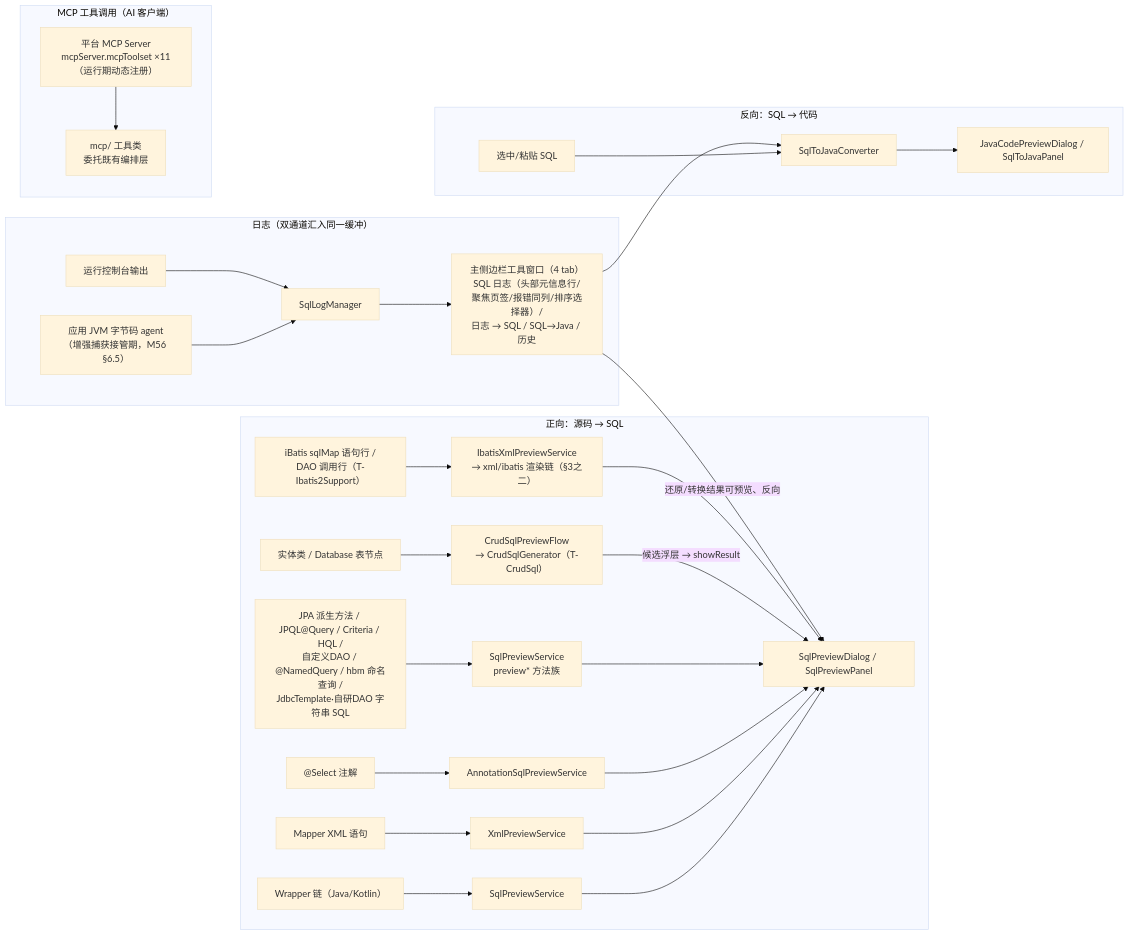
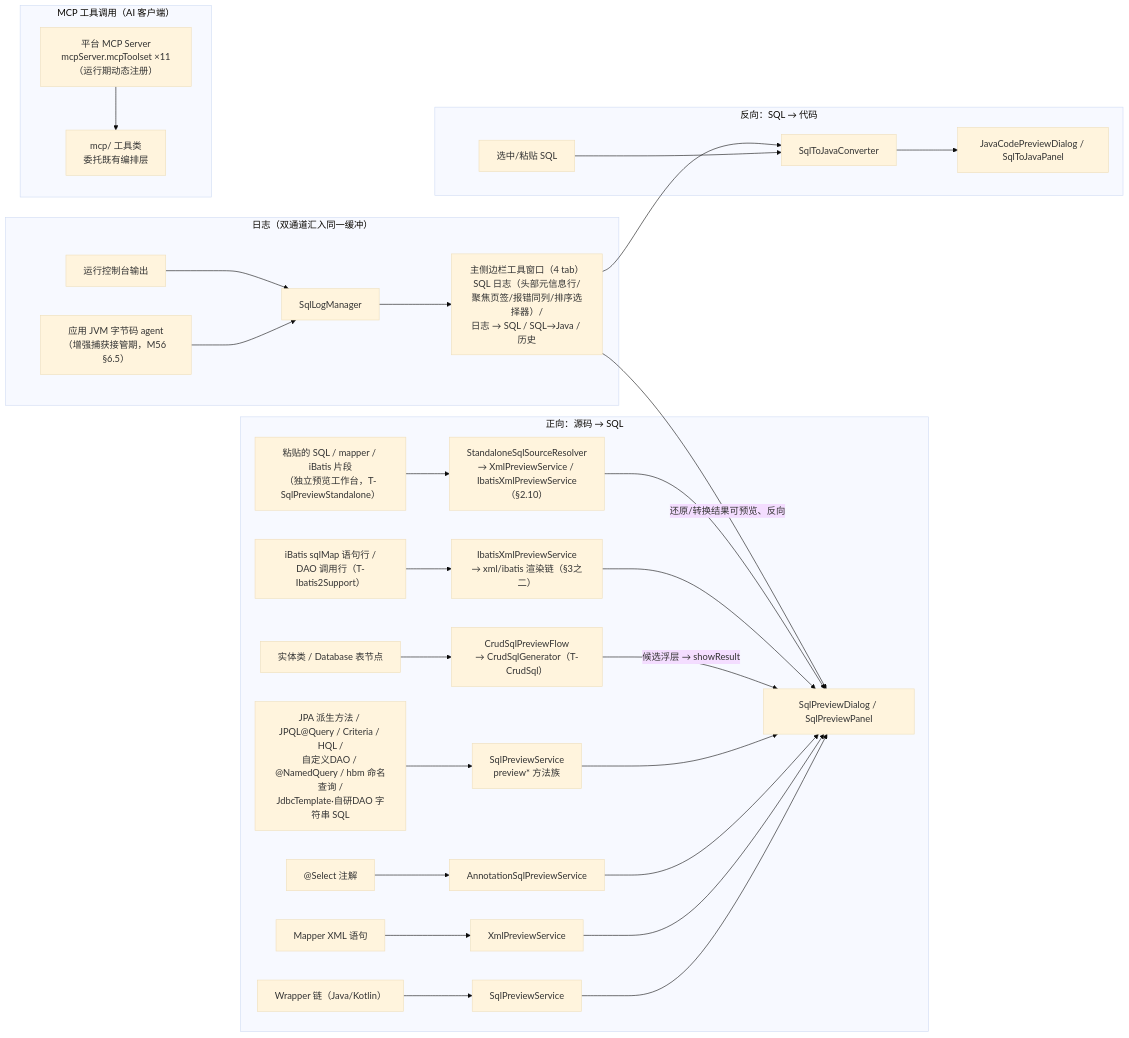
One commit to SongRenShuo/mybatis-plus-sql-visualizer changed the first of 21 diagrams in docs/架构设计/02-核心流程详解.md. Above: the diagram before and after it, drawn with Mermaid (base theme). The commit also changed other lines of this file and 1 other file, not shown here.

````diff
--- a/docs/架构设计/02-核心流程详解.md
+++ b/docs/架构设计/02-核心流程详解.md
@@ -10,31 +10,33 @@
 ```mermaid
 flowchart LR
     subgraph 正向["正向：源码 → SQL"]
         P1["Wrapper 链（Java/Kotlin）"] --> P2["SqlPreviewService"]
         P3["Mapper XML 语句"] --> P4["XmlPreviewService"]
         P5["@Select 注解"] --> P6["AnnotationSqlPreviewService"]
         P8["JPA 派生方法 / JPQL@Query / Criteria / HQL /<br/>自定义DAO / @NamedQuery / hbm 命名查询 /<br/>JdbcTemplate·自研DAO 字符串 SQL"] --> P9["SqlPreviewService<br/>preview* 方法族"]
         P10["实体类 / Database 表节点"] --> P11["CrudSqlPreviewFlow<br/>→ CrudSqlGenerator（T-CrudSql）"]
         P12["iBatis sqlMap 语句行 /<br/>DAO 调用行（T-Ibatis2Support）"] --> P13["IbatisXmlPreviewService<br/>→ xml/ibatis 渲染链（§3之二）"]
         P2 --> P7["SqlPreviewDialog / SqlPreviewPanel"]
         P4 --> P7
         P6 --> P7
         P9 --> P7
         P11 -->|"候选浮层 → showResult"| P7
         P13 --> P7
+        P14["粘贴的 SQL / mapper / iBatis 片段<br/>（独立预览工作台，T-SqlPreviewStandalone）"] --> P15["StandaloneSqlSourceResolver<br/>→ XmlPreviewService / IbatisXmlPreviewService（§2.10）"]
+        P15 --> P7
     end
     subgraph 反向["反向：SQL → 代码"]
         R1["选中/粘贴 SQL"] --> R2["SqlToJavaConverter"]
         R2 --> R3["JavaCodePreviewDialog / SqlToJavaPanel"]
     end
     subgraph 日志["日志（双通道汇入同一缓冲）"]
         L0["应用 JVM 字节码 agent<br/>（增强捕获接管期，M56 §6.5）"] --> L2["SqlLogManager"]
         L1["运行控制台输出"] --> L2
         L2 --> L3["主侧边栏工具窗口（4 tab）<br/>SQL 日志（头部元信息行/聚焦页签/报错同列/排序选择器）/<br/>日志 → SQL / SQL→Java / 历史"]
     end
     subgraph MCP["MCP 工具调用（AI 客户端）"]
         M1["平台 MCP Server<br/>mcpServer.mcpToolset ×11（运行期动态注册）"] --> M2["mcp/ 工具类<br/>委托既有编排层"]
     end
     L3 -->|"还原/转换结果可预览、反向"| P7
     L3 --> R2
 ```
````
